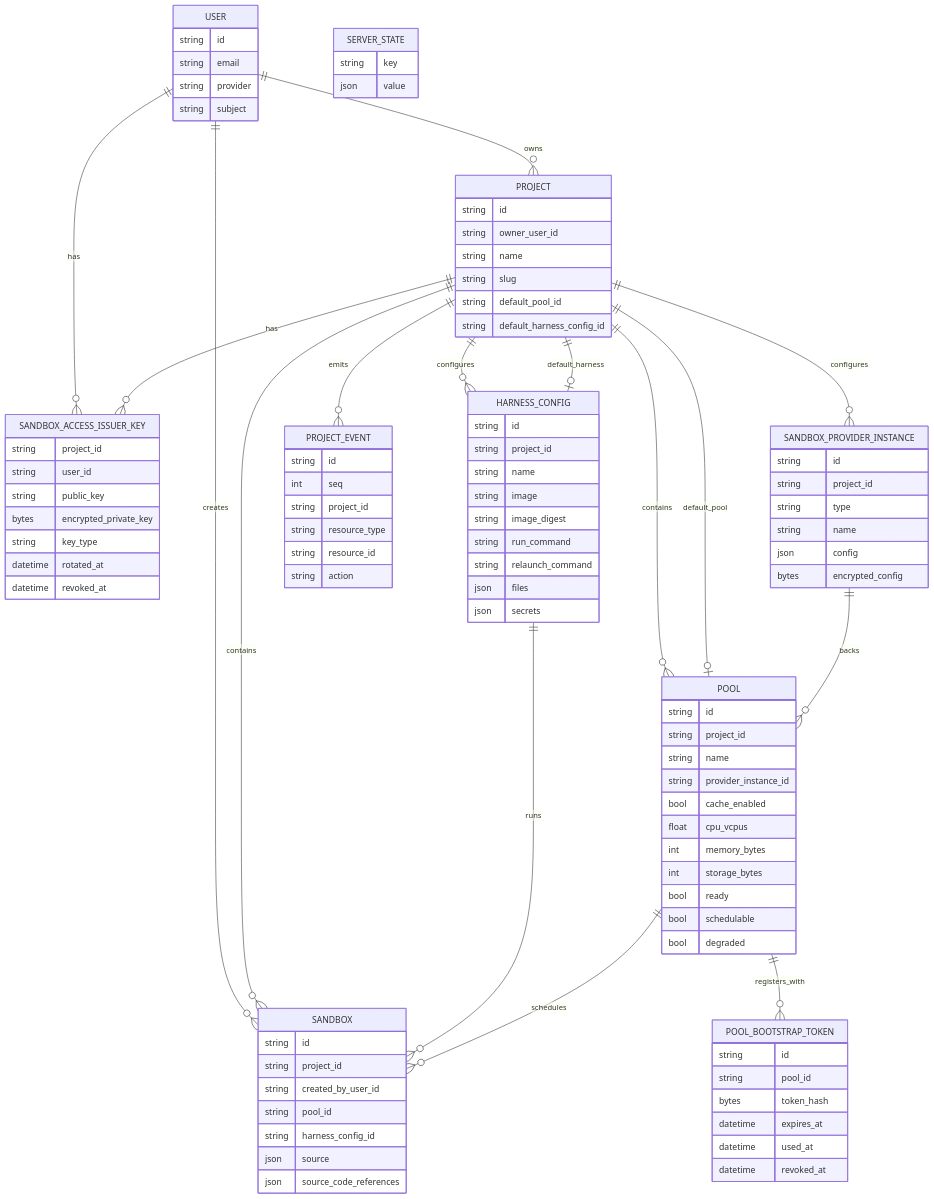
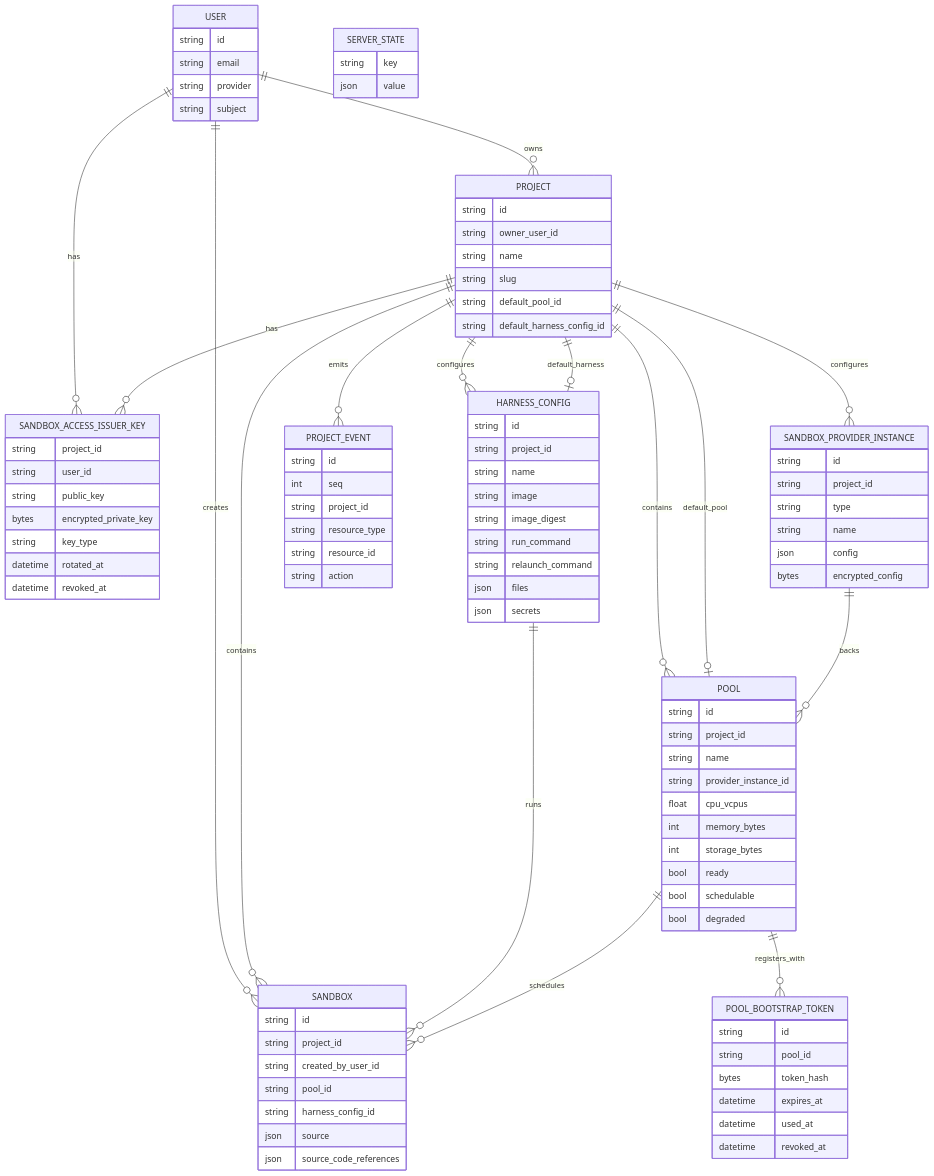
The diagram in server/internal/model/DESIGN.md (discobox-ai/discobox), drawn with Mermaid before and after one commit. The commit also changed 17 other files, not shown here.

```diff
--- a/server/internal/model/DESIGN.md
+++ b/server/internal/model/DESIGN.md
@@ -149,7 +149,6 @@
         string project_id
         string name
         string provider_instance_id
-        bool cache_enabled
         float cpu_vcpus
         int memory_bytes
         int storage_bytes
```
